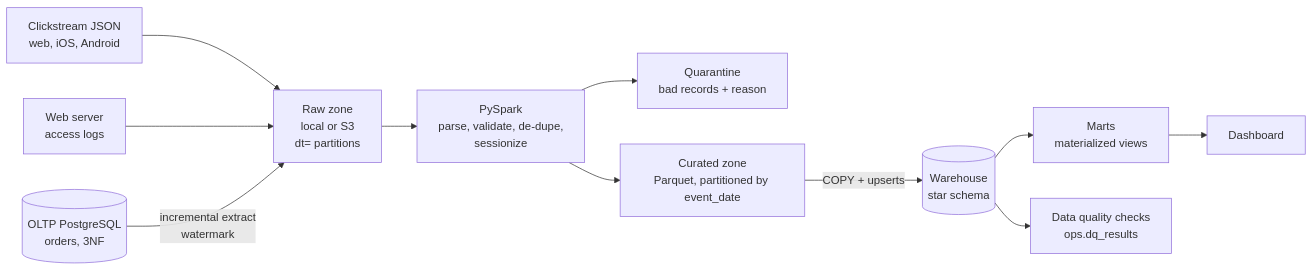
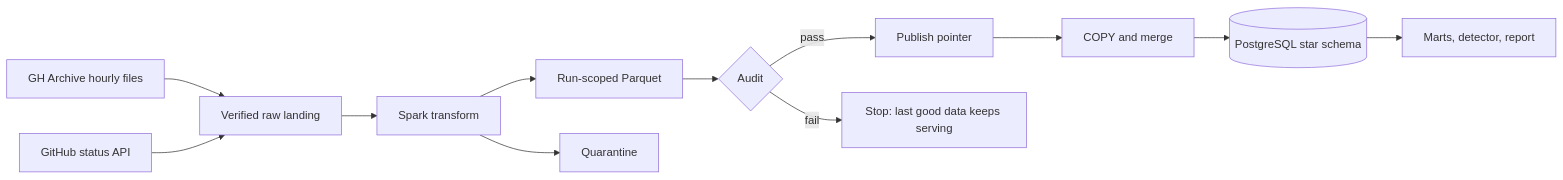
The diagram in README.md (mauliksamit/eventflow), drawn with Mermaid before and after one commit. The commit also changed other lines of this file and 23 other files, not shown here.

````diff
--- a/README.md
+++ b/README.md
@@ -8,13 +22,14 @@
 ```mermaid
 flowchart LR
-  A[Clickstream JSON<br/>web, iOS, Android] --> R
-  B[Web server<br/>access logs] --> R
-  C[(OLTP PostgreSQL<br/>orders, 3NF)] -- incremental extract<br/>watermark --> R
-  R[Raw zone<br/>local or S3<br/>dt= partitions] --> S[PySpark<br/>parse, validate, de-dupe,<br/>sessionize]
-  S --> Q[Quarantine<br/>bad records + reason]
-  S --> P[Curated zone<br/>Parquet, partitioned by event_date]
-  P -- COPY + upserts --> W[(Warehouse<br/>star schema)]
-  W --> M[Marts<br/>materialized views]
-  M --> D[Dashboard]
-  W --> DQ[Data quality checks<br/>ops.dq_results]
+    A[GH Archive hourly files] --> B[Verified raw landing]
+    S[GitHub status API] --> B
+    B --> C[Spark transform]
+    C --> D[Run-scoped Parquet]
+    C --> Q[Quarantine]
+    D --> E{Audit}
+    E -- pass --> F[Publish pointer]
+    E -- fail --> X[Stop: last good data keeps serving]
+    F --> G[COPY and merge]
+    G --> H[(PostgreSQL star schema)]
+    H --> I[Marts, detector, report]
 ```
````
